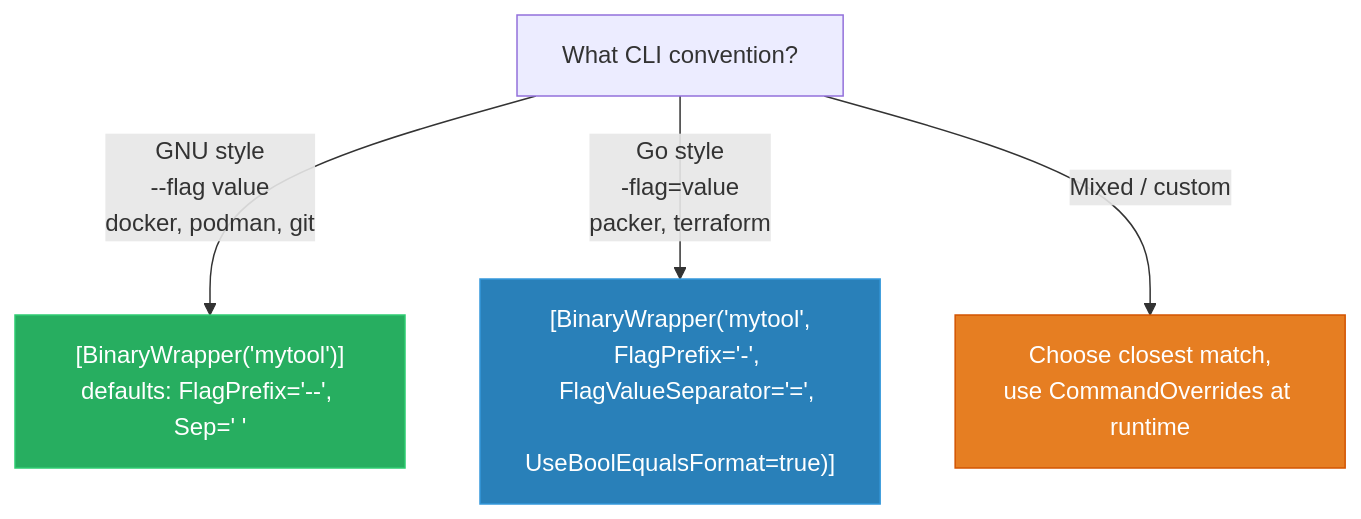
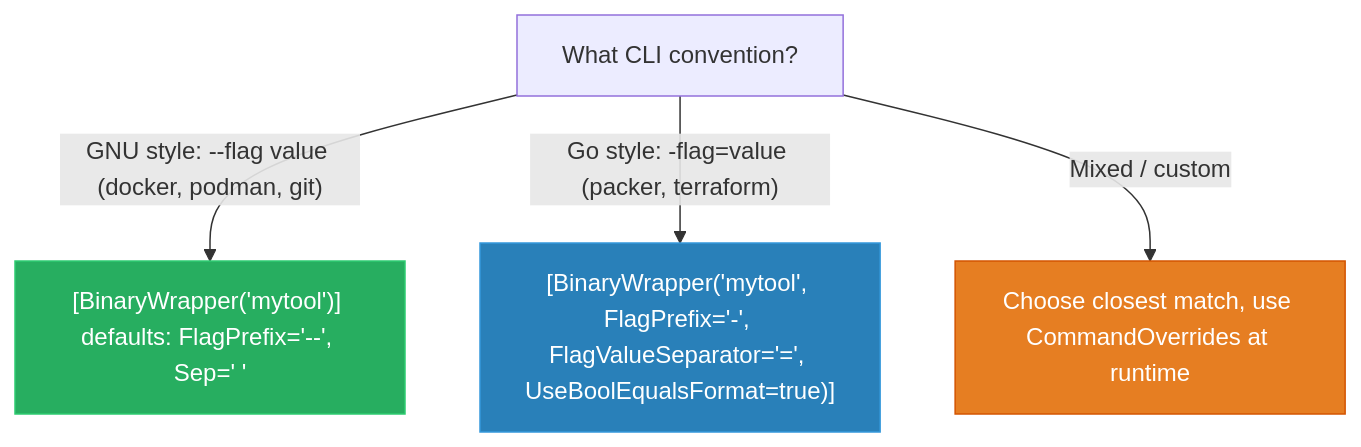
The third of 5 diagrams in Net/FrenchExDev/BinaryWrapper/doc/HOW-TO.md (FrenchExDev/FrenchExDev), drawn with Mermaid before and after one commit. The commit also changed other lines of this file and 2 other files, not shown here.

Commit message:
fix: mermaid markdown

````diff
--- a/Net/FrenchExDev/BinaryWrapper/doc/HOW-TO.md
+++ b/Net/FrenchExDev/BinaryWrapper/doc/HOW-TO.md
@@ -369,11 +369,11 @@
 ```mermaid
 flowchart TD
     Q["What CLI convention?"]
-    Q -->|"GNU style<br>--flag value<br>docker, podman, git"| GNU["[BinaryWrapper('mytool')]<br>defaults: FlagPrefix='--', Sep=' '"]
-    Q -->|"Go style<br>-flag=value<br>packer, terraform"| GO["[BinaryWrapper('mytool',<br>  FlagPrefix='-',<br>  FlagValueSeparator='=',<br>  UseBoolEqualsFormat=true)]"]
-    Q -->|"Mixed / custom"| MIX["Choose closest match,<br>use CommandOverrides at runtime"]
+    Q -->|"GNU style: --flag value (docker, podman, git)"| GNU["[BinaryWrapper('mytool')] defaults: FlagPrefix='--', Sep=' '"]
+    Q -->|"Go style: -flag=value (packer, terraform)"| GO["[BinaryWrapper('mytool', FlagPrefix='-', FlagValueSeparator='=', UseBoolEqualsFormat=true)]"]
+    Q -->|"Mixed / custom"| MIX["Choose closest match, use CommandOverrides at runtime"]
 
     style GNU fill:#27ae60,stroke:#2ecc71,color:#fff
     style GO fill:#2980b9,stroke:#3498db,color:#fff
     style MIX fill:#e67e22,stroke:#d35400,color:#fff
 ```
````
